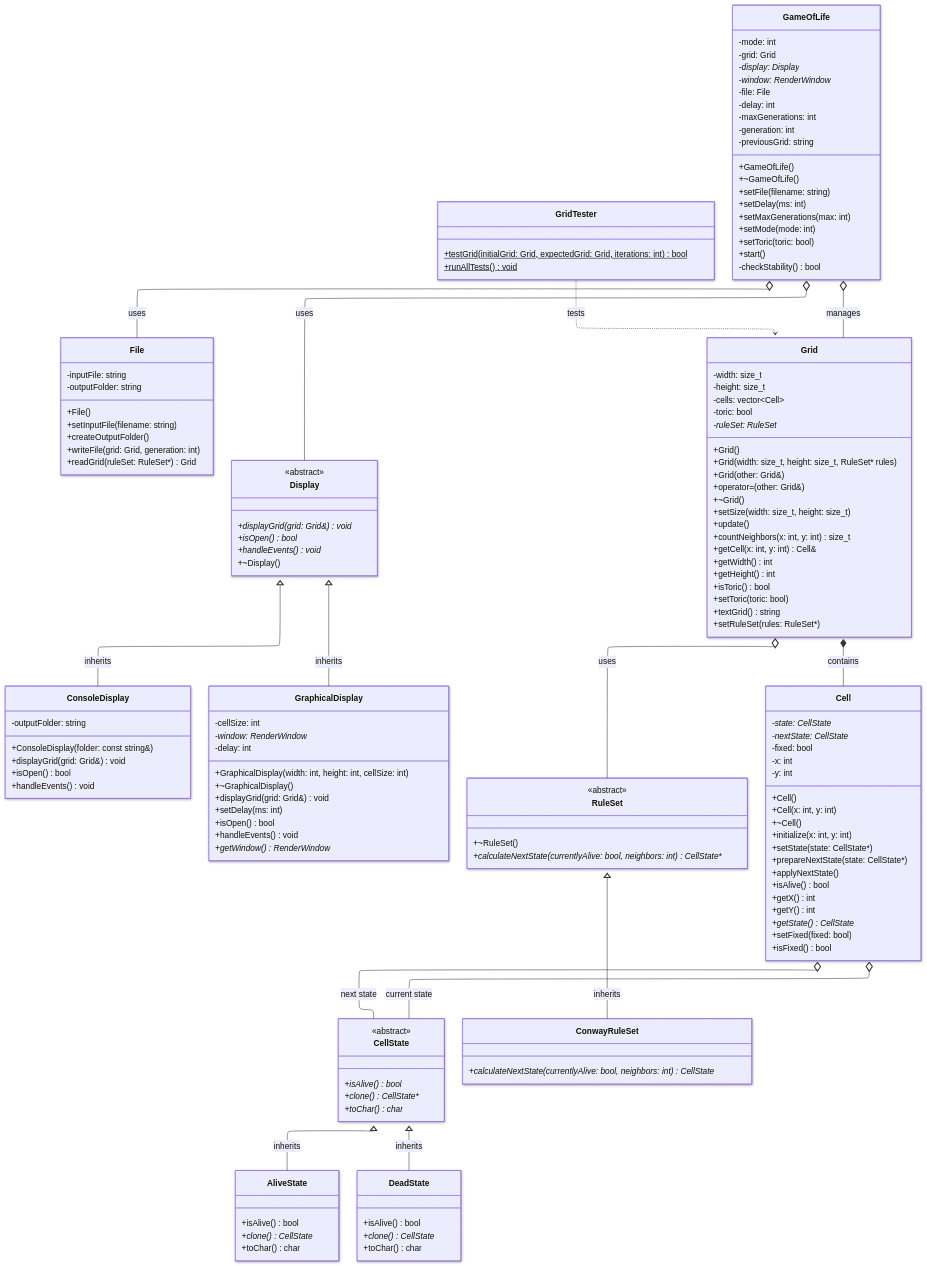
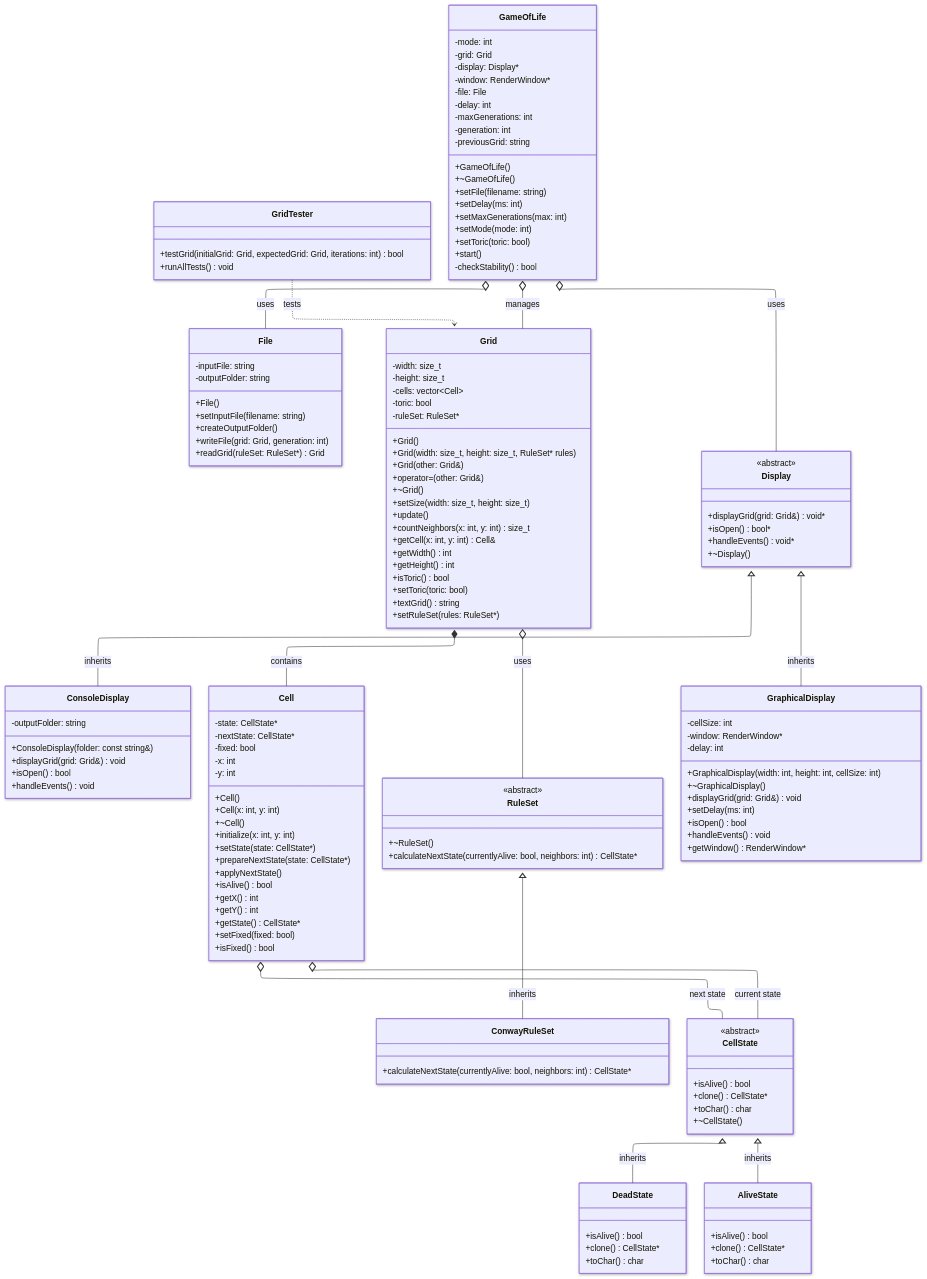
Before and after one commit to RomainBeche/GameOfLife: the diagram in Diagrams/class_diagram.mmd, drawn with Mermaid.

Commit message:
Modified class diagram

```diff
--- a/Diagrams/class_diagram.mmd
+++ b/Diagrams/class_diagram.mmd
@@ -1,160 +1,161 @@
 ---
 config:
   layout: elk
   theme: default
   look: neo
 ---
 classDiagram
 direction TB
-    class CellState {
-	    +isAlive() bool*
-	    +clone() CellState**
-	    +toChar() char*
-    }
-
-    class AliveState {
-	    +isAlive() bool
-	    +clone() CellState*
-	    +toChar() char
-    }
-
-    class DeadState {
-	    +isAlive() bool
-	    +clone() CellState*
-	    +toChar() char
-    }
-
-    class ConwayRuleSet {
-	    +calculateNextState(currentlyAlive: bool, neighbors: int) CellState*
-    }
-
     class File {
 	    -inputFile: string
 	    -outputFolder: string
 	    +File()
 	    +setInputFile(filename: string)
 	    +createOutputFolder()
 	    +writeFile(grid: Grid, generation: int)
-	    +readGrid(ruleSet: RuleSet*) Grid
+	    +readGrid(ruleSet: RuleSet#42;) Grid
     }
 
     class GridTester {
-	    +testGrid(initialGrid: Grid, expectedGrid: Grid, iterations: int) bool$
-	    +runAllTests() void$
+	    +testGrid(initialGrid: Grid, expectedGrid: Grid, iterations: int) bool
+	    +runAllTests() void
     }
 
     class ConsoleDisplay {
 	    -outputFolder: string
 	    +ConsoleDisplay(folder: const string&)
 	    +displayGrid(grid: Grid&) void
 	    +isOpen() bool
 	    +handleEvents() void
     }
 
-    class GraphicalDisplay {
-	    -cellSize: int
-	    -window: RenderWindow*
-	    -delay: int
-	    +GraphicalDisplay(width: int, height: int, cellSize: int)
-	    +~GraphicalDisplay()
-	    +displayGrid(grid: Grid&) void
-	    +setDelay(ms: int)
-	    +isOpen() bool
-	    +handleEvents() void
-	    +getWindow() RenderWindow*
-    }
-
-    class Display {
-	    +displayGrid(grid: Grid&) void*
-	    +isOpen() bool*
-	    +handleEvents() void*
-	    +~Display()
-    }
-
     class GameOfLife {
 	    -mode: int
 	    -grid: Grid
-	    -display: Display*
-	    -window: RenderWindow*
+	    -display: Display#42;
+	    -window: RenderWindow#42;
 	    -file: File
 	    -delay: int
 	    -maxGenerations: int
 	    -generation: int
 	    -previousGrid: string
 	    +GameOfLife()
 	    +~GameOfLife()
 	    +setFile(filename: string)
 	    +setDelay(ms: int)
 	    +setMaxGenerations(max: int)
 	    +setMode(mode: int)
 	    +setToric(toric: bool)
 	    +start()
 	    -checkStability() bool
     }
 
-    class RuleSet {
-	    +~RuleSet()
-	    +calculateNextState(currentlyAlive: bool, neighbors: int) CellState**
-    }
-
     class Cell {
-	    -state: CellState*
-	    -nextState: CellState*
+	    -state: CellState#42;
+	    -nextState: CellState#42;
 	    -fixed: bool
 	    -x: int
 	    -y: int
 	    +Cell()
 	    +Cell(x: int, y: int)
 	    +~Cell()
 	    +initialize(x: int, y: int)
-	    +setState(state: CellState*)
-	    +prepareNextState(state: CellState*)
+	    +setState(state: CellState#42;)
+	    +prepareNextState(state: CellState#42;)
 	    +applyNextState()
 	    +isAlive() bool
 	    +getX() int
 	    +getY() int
-	    +getState() CellState*
+	    +getState() CellState#42;
 	    +setFixed(fixed: bool)
 	    +isFixed() bool
     }
 
     class Grid {
 	    -width: size_t
 	    -height: size_t
 	    -cells: vector~Cell~
 	    -toric: bool
-	    -ruleSet: RuleSet*
+	    -ruleSet: RuleSet#42;
 	    +Grid()
 	    +Grid(width: size_t, height: size_t, RuleSet* rules)
 	    +Grid(other: Grid&)
 	    +operator=(other: Grid&)
 	    +~Grid()
 	    +setSize(width: size_t, height: size_t)
 	    +update()
 	    +countNeighbors(x: int, y: int) size_t
 	    +getCell(x: int, y: int) Cell&
 	    +getWidth() int
 	    +getHeight() int
 	    +isToric() bool
 	    +setToric(toric: bool)
 	    +textGrid() string
 	    +setRuleSet(rules: RuleSet*)
     }
 
+    class RuleSet {
+	    +~RuleSet()
+	    +calculateNextState(currentlyAlive: bool, neighbors: int) CellState#42;
+    }
+
+    class ConwayRuleSet {
+	    +calculateNextState(currentlyAlive: bool, neighbors: int) CellState#42;
+    }
+
+    class GraphicalDisplay {
+	    -cellSize: int
+	    -window: RenderWindow#42;
+	    -delay: int
+	    +GraphicalDisplay(width: int, height: int, cellSize: int)
+	    +~GraphicalDisplay()
+	    +displayGrid(grid: Grid&) void
+	    +setDelay(ms: int)
+	    +isOpen() bool
+	    +handleEvents() void
+	    +getWindow() RenderWindow#42;
+    }
+
+    class Display {
+	    +displayGrid(grid: Grid&) void#42;
+	    +isOpen() bool#42;
+	    +handleEvents() void#42;
+	    +~Display()
+    }
+
+    class DeadState {
+	    +isAlive() bool
+	    +clone() CellState#42;
+	    +toChar() char
+    }
+
+    class AliveState {
+	    +isAlive() bool
+	    +clone() CellState#42;
+	    +toChar() char
+    }
+
+    class CellState {
+	    +isAlive() bool
+	    +clone() CellState#42;
+	    +toChar() char
+        +~CellState()        
+    }
+
+	<<abstract>> RuleSet
+	<<abstract>> Display
 	<<abstract>> CellState
-	<<abstract>> Display
-	<<abstract>> RuleSet
 
     GameOfLife o-- Grid : manages
     GameOfLife o-- Display : uses
     GameOfLife o-- File : uses
     Display <|-- ConsoleDisplay : inherits
     Display <|-- GraphicalDisplay : inherits
     Grid *-- Cell : contains
     Grid o-- RuleSet : uses
     Cell o-- CellState : current state
     Cell o-- CellState : next state
     CellState <|-- AliveState : inherits
     CellState <|-- DeadState : inherits
     RuleSet <|-- ConwayRuleSet : inherits
     GridTester ..> Grid : tests
```
